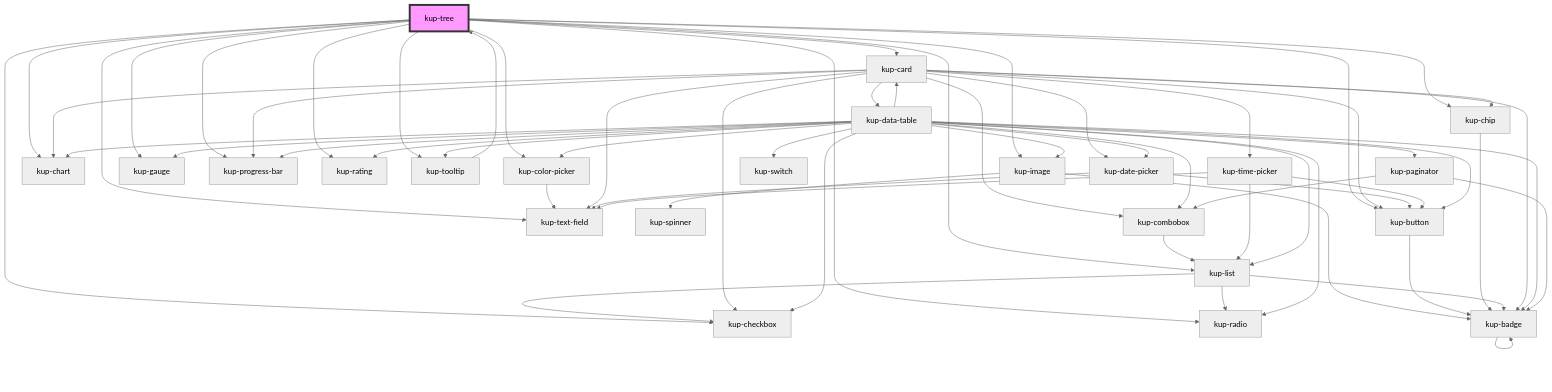
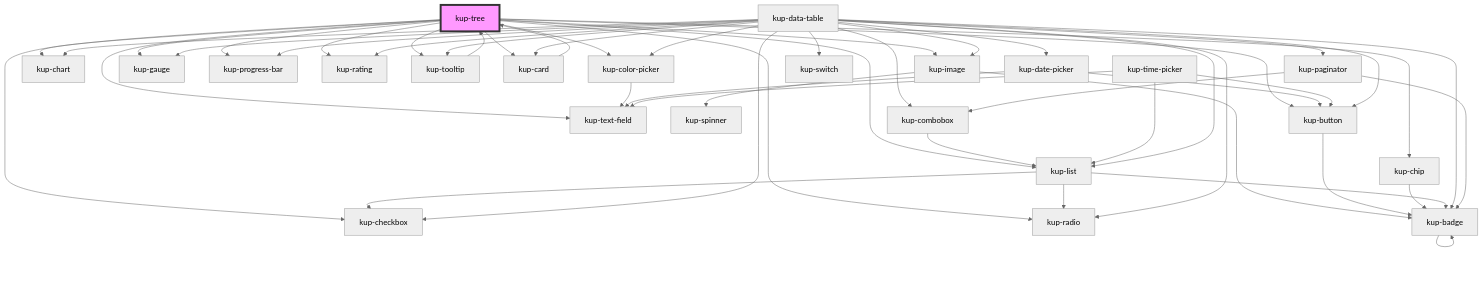
The diagram in packages/ketchup/src/components/kup-tree/readme.md (smeup/ketchup), drawn with Mermaid (neutral theme) before and after one commit. The commit also changed other lines of this file and 13 other files, not shown here.

````diff
--- a/packages/ketchup/src/components/kup-tree/readme.md
+++ b/packages/ketchup/src/components/kup-tree/readme.md
@@ -177,64 +178,54 @@
 ```mermaid
 graph TD;
   kup-tree --> kup-image
   kup-tree --> kup-button
   kup-tree --> kup-chart
   kup-tree --> kup-checkbox
   kup-tree --> kup-chip
   kup-tree --> kup-color-picker
   kup-tree --> kup-gauge
   kup-tree --> kup-progress-bar
   kup-tree --> kup-rating
   kup-tree --> kup-radio
   kup-tree --> kup-tooltip
   kup-tree --> kup-list
   kup-tree --> kup-text-field
   kup-tree --> kup-card
   kup-image --> kup-spinner
   kup-image --> kup-badge
   kup-badge --> kup-badge
   kup-button --> kup-badge
   kup-chip --> kup-badge
   kup-color-picker --> kup-text-field
   kup-tooltip --> kup-tree
   kup-list --> kup-radio
   kup-list --> kup-checkbox
   kup-list --> kup-badge
-  kup-card --> kup-chip
-  kup-card --> kup-badge
-  kup-card --> kup-button
-  kup-card --> kup-checkbox
-  kup-card --> kup-combobox
-  kup-card --> kup-date-picker
-  kup-card --> kup-text-field
-  kup-card --> kup-time-picker
-  kup-card --> kup-data-table
-  kup-card --> kup-progress-bar
-  kup-card --> kup-chart
+  kup-card --> kup-tree
   kup-combobox --> kup-list
   kup-date-picker --> kup-text-field
   kup-date-picker --> kup-button
   kup-time-picker --> kup-text-field
   kup-time-picker --> kup-button
   kup-time-picker --> kup-list
   kup-data-table --> kup-card
   kup-data-table --> kup-checkbox
   kup-data-table --> kup-tooltip
   kup-data-table --> kup-list
   kup-data-table --> kup-date-picker
   kup-data-table --> kup-image
   kup-data-table --> kup-button
   kup-data-table --> kup-chart
   kup-data-table --> kup-color-picker
   kup-data-table --> kup-gauge
   kup-data-table --> kup-progress-bar
   kup-data-table --> kup-rating
   kup-data-table --> kup-radio
   kup-data-table --> kup-paginator
   kup-data-table --> kup-switch
   kup-data-table --> kup-combobox
   kup-data-table --> kup-badge
   kup-paginator --> kup-combobox
   kup-paginator --> kup-badge
   style kup-tree fill:#f9f,stroke:#333,stroke-width:4px
 ```
````
